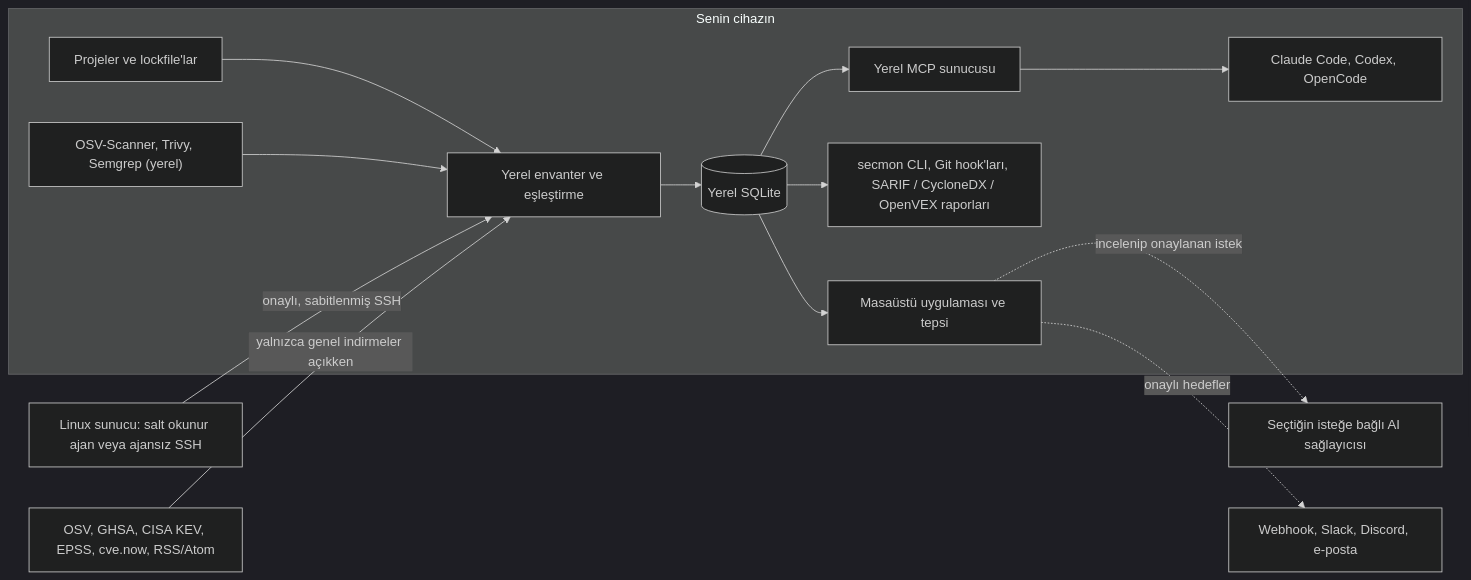
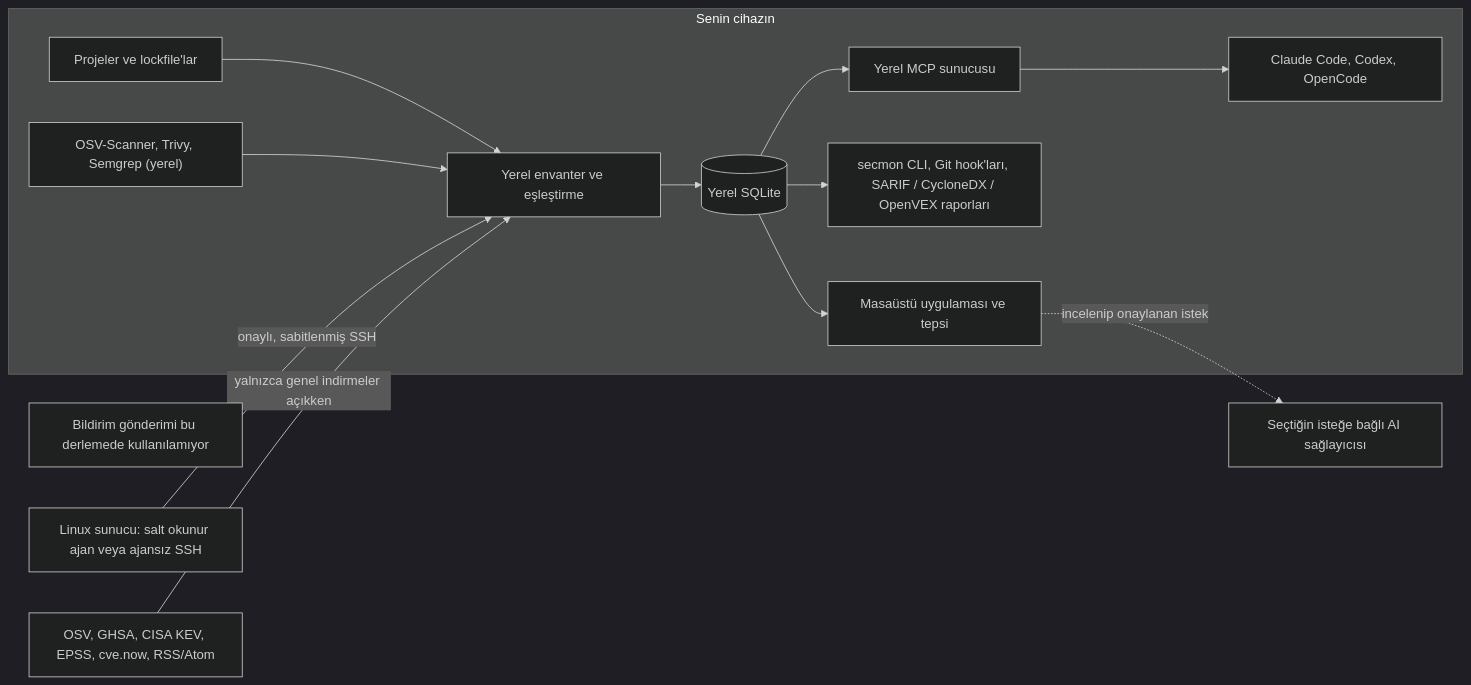
Before and after one commit to umitaltinozzz/security-monitor: the diagram in README.tr.md, drawn with Mermaid (dark theme). The commit also changed other lines of this file and 17 other files, not shown here.

````diff
--- a/README.tr.md
+++ b/README.tr.md
@@ -55,16 +55,16 @@
 ```mermaid
 flowchart LR
   subgraph Device["Senin cihazın"]
     Repo["Projeler ve lockfile'lar"] --> Engine["Yerel envanter ve eşleştirme"]
     Scanners["OSV-Scanner, Trivy, Semgrep (yerel)"] --> Engine
     Engine --> Store[("Yerel SQLite")]
     Store --> Desktop["Masaüstü uygulaması ve tepsi"]
     Store --> CLI["secmon CLI, Git hook'ları, SARIF / CycloneDX / OpenVEX raporları"]
     Store --> MCP["Yerel MCP sunucusu"]
     MCP --> Agents["Claude Code, Codex, OpenCode"]
   end
   Server["Linux sunucu: salt okunur ajan veya ajansız SSH"] -- "onaylı, sabitlenmiş SSH" --> Engine
   Feeds["OSV, GHSA, CISA KEV, EPSS, cve.now, RSS/Atom"] -- "yalnızca genel indirmeler açıkken" --> Engine
   Desktop -. "incelenip onaylanan istek" .-> AI["Seçtiğin isteğe bağlı AI sağlayıcısı"]
-  Desktop -. "onaylı hedefler" .-> Notify["Webhook, Slack, Discord, e-posta"]
+  Notify["Bildirim gönderimi bu derlemede kullanılamıyor"]
 ```
````
